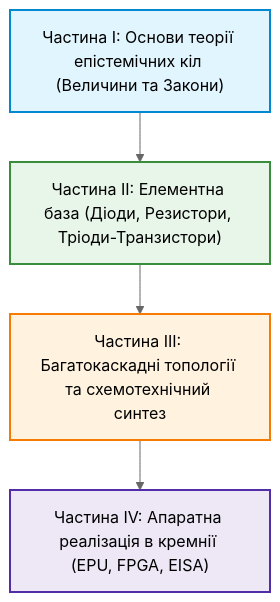
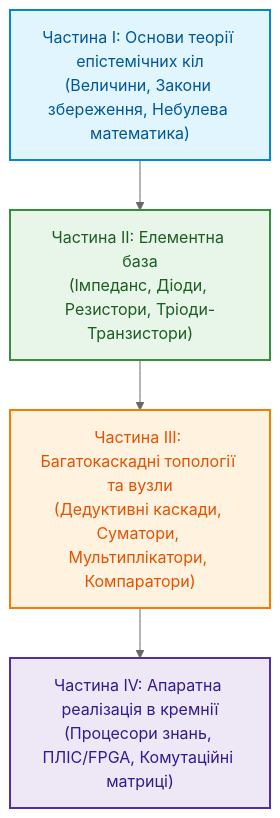
One commit to nick-fedchik/articles changed the diagram in Epistemic_Circuit_Theory/README.md. Above: the diagram before and after it, drawn with Mermaid (neutral theme). The commit also changed other lines of this file and 8 other files, not shown here.

Commit message:
fix(Epistemic_Circuit_Theory): validate and fix GitHub GFM MathJax, Mermaid diagrams, tables, and style invariants

````diff
--- a/Epistemic_Circuit_Theory/README.md
+++ b/Epistemic_Circuit_Theory/README.md
@@ -28,14 +26,22 @@
 ```mermaid
-graph TD
-    Part1["Частина I: Основи теорії епістемічних кіл (Величини та Закони)"]
-    Part2["Частина II: Елементна база (Діоди, Резистори, Тріоди-Транзистори)"]
-    Part3["Частина III: Багатокаскадні топології та схемотехнічний синтез"]
-    Part4["Частина IV: Апаратна реалізація в кремнії (EPU, FPGA, EISA)"]
+flowchart TD
+    accTitle: Архітектура чотирьох частин монографії Теорія епістемічних кіл
+    accDescr: Послідовний перехід від фундаментальних фізико-кібернетичних величин і законів збереження через елементну базу та каскади до кремнієвої реалізації процесорів знань.
+
+    Part1["Частина I: Основи теорії епістемічних кіл\n(Величини, Закони збереження, Небулева математика)"]
+    Part2["Частина II: Елементна база\n(Імпеданс, Діоди, Резистори, Тріоди-Транзистори)"]
+    Part3["Частина III: Багатокаскадні топології та вузли\n(Дедуктивні каскади, Суматори, Мультиплікатори, Компаратори)"]
+    Part4["Частина IV: Апаратна реалізація в кремнії\n(Процесори знань, ПЛІС/FPGA, Комутаційні матриці)"]
 
     Part1 --> Part2 --> Part3 --> Part4
 
-    style Part1 fill:#e1f5fe,stroke:#0288d1,stroke-width:2px;
-    style Part2 fill:#e8f5e9,stroke:#388e3c,stroke-width:2px;
-    style Part3 fill:#fff3e0,stroke:#f57c00,stroke-width:2px;
-    style Part4 fill:#ede7f6,stroke:#512da8,stroke-width:2px;
+    classDef p1Style fill:#e1f5fe,stroke:#0288d1,stroke-width:2px,color:#01579b;
+    classDef p2Style fill:#e8f5e9,stroke:#388e3c,stroke-width:2px,color:#1b5e20;
+    classDef p3Style fill:#fff3e0,stroke:#f57c00,stroke-width:2px,color:#e65100;
+    classDef p4Style fill:#ede7f6,stroke:#512da8,stroke-width:2px,color:#311b92;
+
+    class Part1 p1Style;
+    class Part2 p2Style;
+    class Part3 p3Style;
+    class Part4 p4Style;
 ```
````
